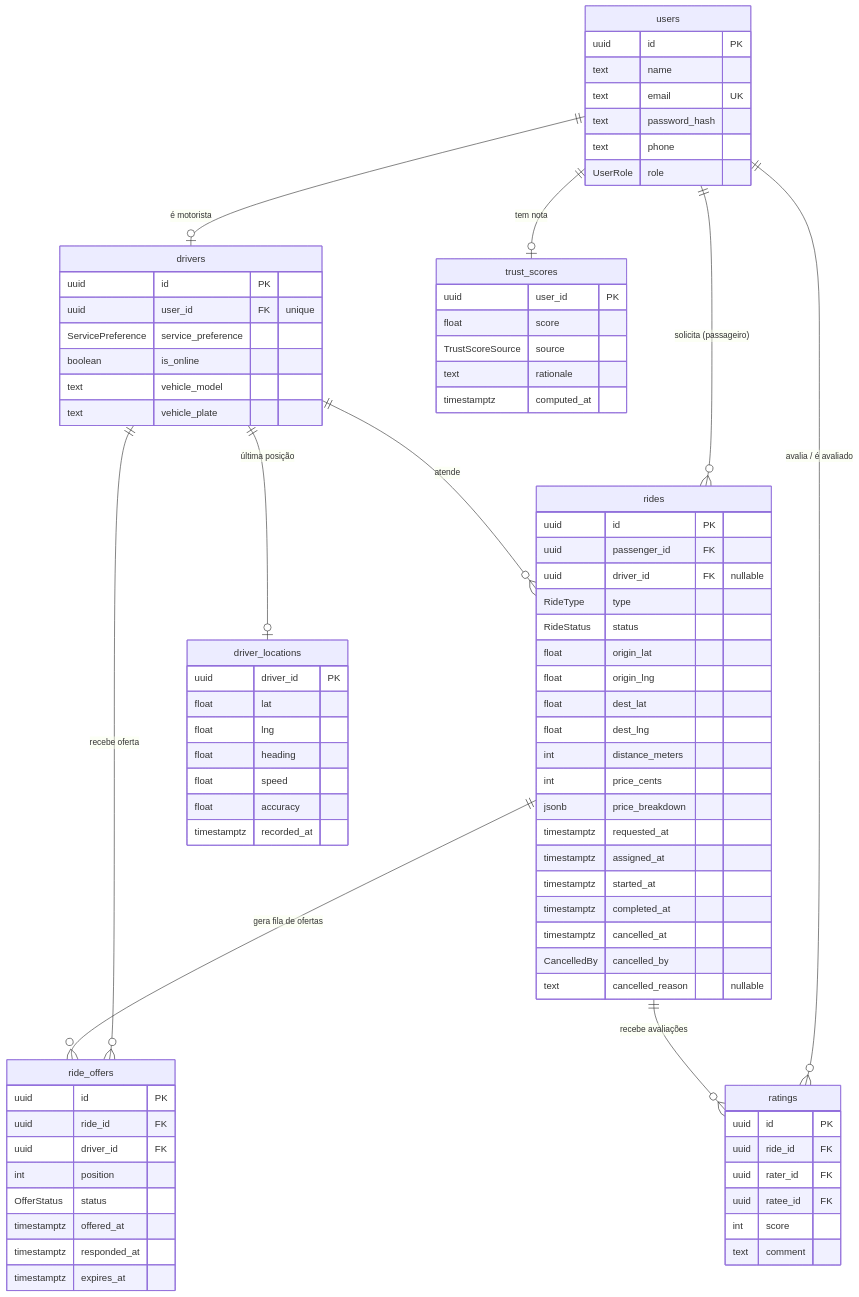
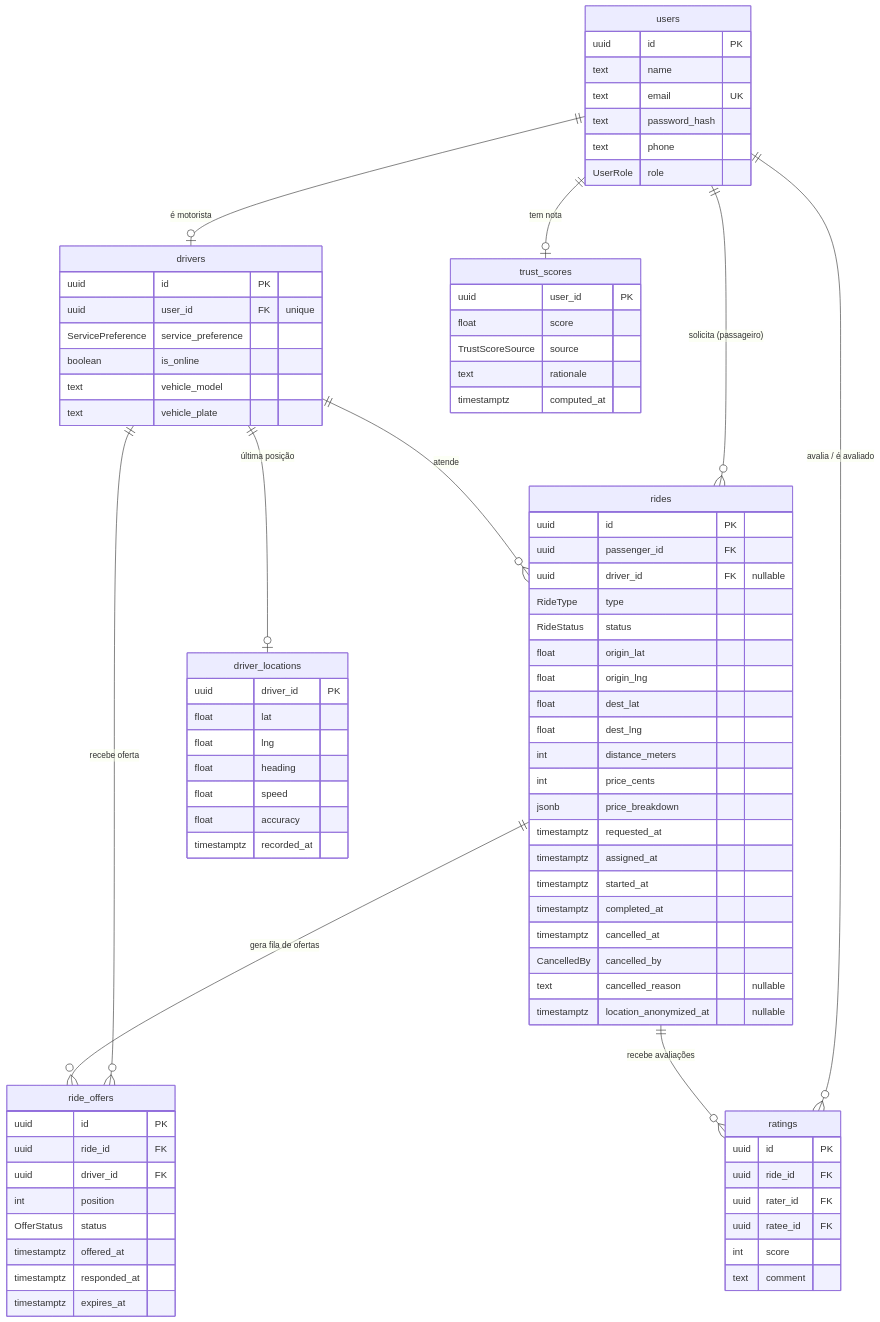
Before and after one commit to victorkauan/unifor-urbanogo-backend: the diagram in docs/er.md, drawn with Mermaid. The commit also changed other lines of this file and 11 other files, not shown here.

```diff
--- a/docs/er.md
+++ b/docs/er.md
@@ -54,6 +54,7 @@
         timestamptz cancelled_at
         CancelledBy cancelled_by
         text cancelled_reason "nullable"
+        timestamptz location_anonymized_at "nullable"
     }
     ride_offers {
         uuid id PK
```
